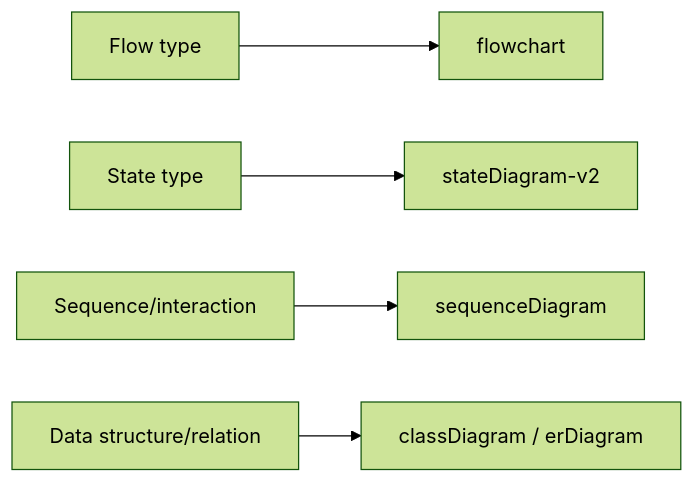
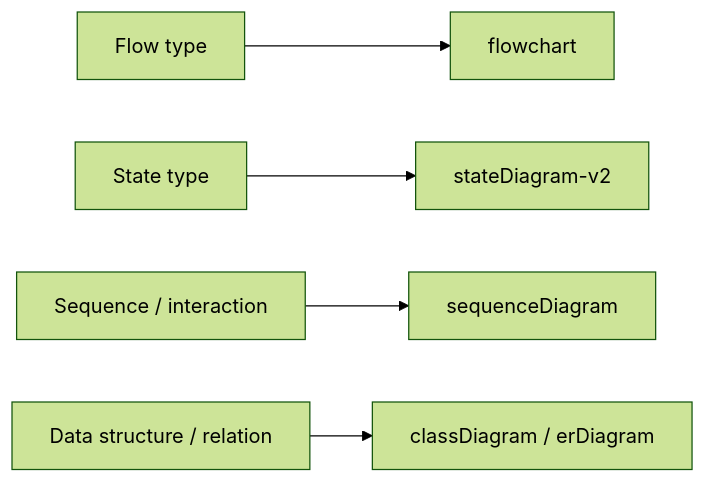
Before and after one commit to Alenkz12/FiboSkills: the first of 3 diagrams in fibo-conventions/references/conventions/markdown.md, drawn with Mermaid (forest theme). The commit also changed other lines of this file and 96 other files, not shown here.

````diff
--- a/fibo-conventions/references/conventions/markdown.md
+++ b/fibo-conventions/references/conventions/markdown.md
@@ -43,7 +43,7 @@
 ```mermaid
 flowchart LR
-  A[Flow type] --> M[flowchart]
-  B[State type] --> N[stateDiagram-v2]
-  C[Sequence/interaction] --> O[sequenceDiagram]
-  D[Data structure/relation] --> P[classDiagram / erDiagram]
+  flow_purpose_001["Flow type"] --> flowchart_type_002["flowchart"]
+  state_purpose_003["State type"] --> state_diagram_type_004["stateDiagram-v2"]
+  sequence_purpose_005["Sequence / interaction"] --> sequence_diagram_type_006["sequenceDiagram"]
+  relation_purpose_007["Data structure / relation"] --> relation_diagram_type_008["classDiagram / erDiagram"]
 ```
````
